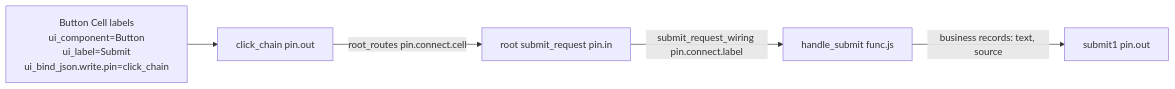
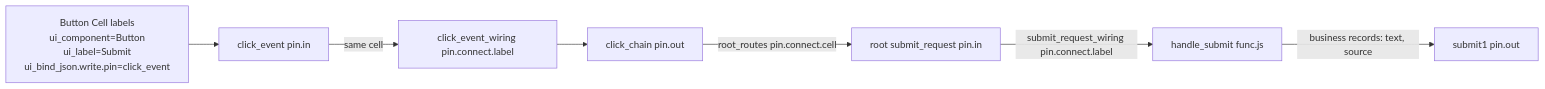
One commit to drooop/dongyu_js_core changed the second of 3 diagrams in docs/user-guide/slide-app-runtime/minimal_submit_app_provider_visualized.md. Above: the diagram before and after it, drawn with Mermaid. The commit also changed other lines of this file and 14 other files, not shown here.

````diff
--- a/docs/user-guide/slide-app-runtime/minimal_submit_app_provider_visualized.md
+++ b/docs/user-guide/slide-app-runtime/minimal_submit_app_provider_visualized.md
@@ -40,12 +40,16 @@
 ```mermaid
 flowchart LR
-  Button["Button Cell labels<br/>ui_component=Button<br/>ui_label=Submit<br/>ui_bind_json.write.pin=click_chain"]
+  Button["Button Cell labels<br/>ui_component=Button<br/>ui_label=Submit<br/>ui_bind_json.write.pin=click_event"]
+  Event["click_event pin.in"]
+  Wiring["click_event_wiring pin.connect.label"]
   Click["click_chain pin.out"]
   RootIn["root submit_request pin.in"]
   Handler["handle_submit func.js"]
   SubmitOut["submit1 pin.out"]
-  Button --> Click
+  Button --> Event
+  Event -->|same cell| Wiring
+  Wiring --> Click
   Click -->|root_routes pin.connect.cell| RootIn
   RootIn -->|submit_request_wiring pin.connect.label| Handler
   Handler -->|business records: text, source| SubmitOut
 ```
````
